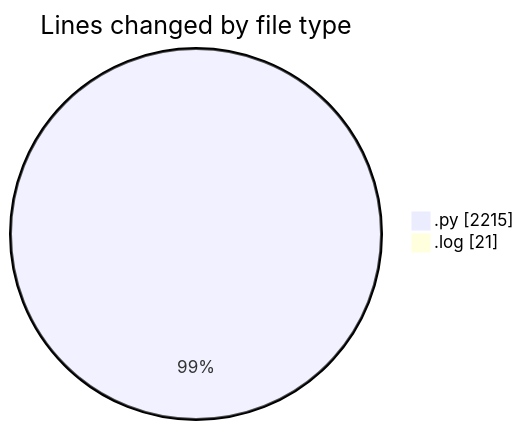
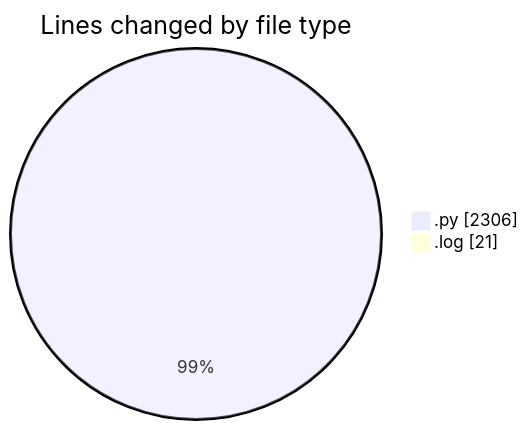
One commit to momahboobian/code-tracking changed the first of 2 diagrams in 2025-05-06/samplepdf/README.md. Above: the diagram before and after it, drawn with Mermaid. The commit also changed other lines of this file and 1 other file, not shown here.

````diff
--- a/2025-05-06/samplepdf/README.md
+++ b/2025-05-06/samplepdf/README.md
@@ -38,6 +39,6 @@
 ```mermaid
 pie showData
 title Lines changed by file type
-".py" : 2215
+".py" : 2306
 ".log" : 21
 ```
````
